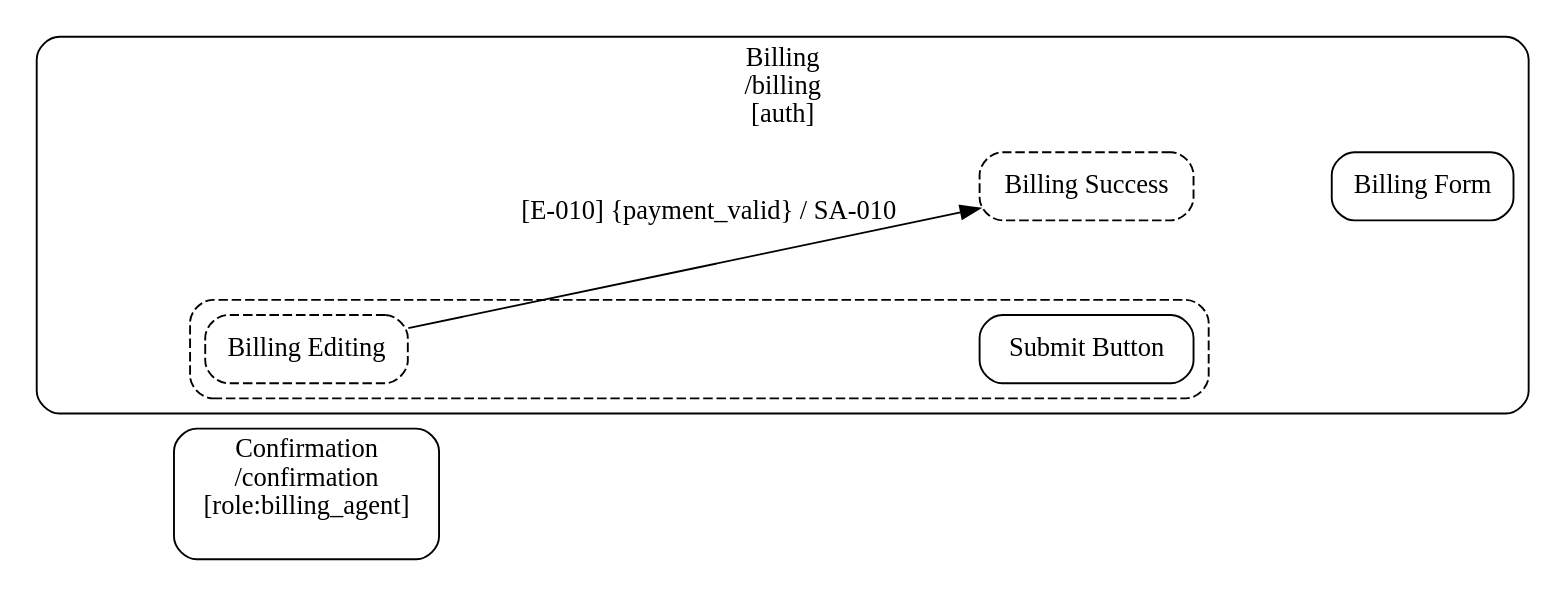
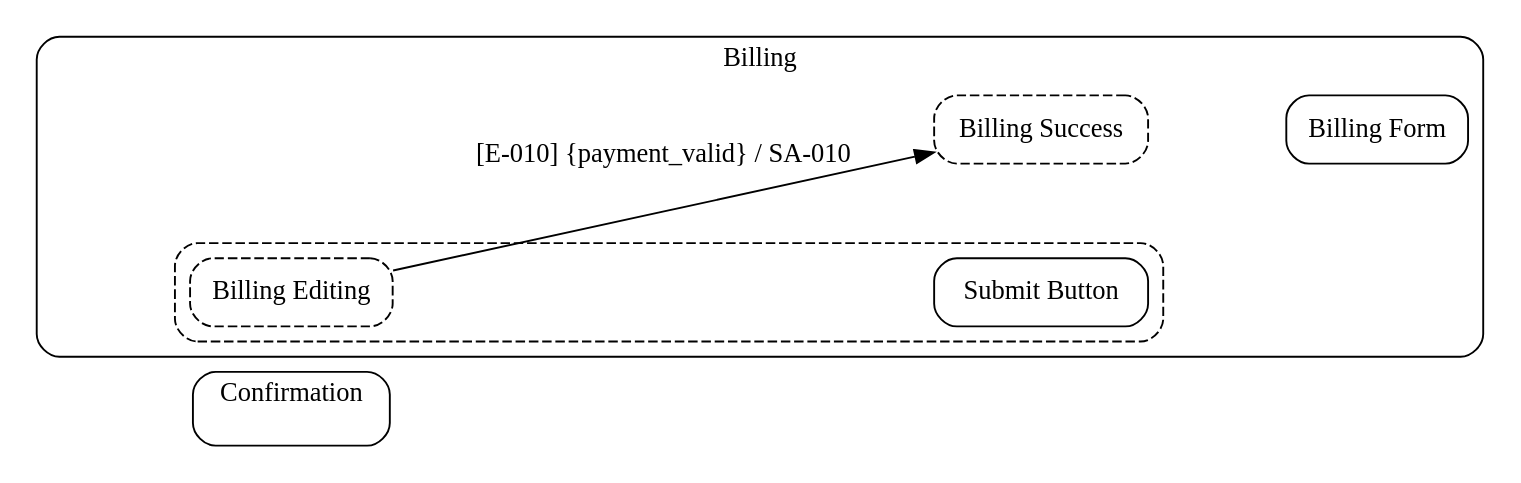
The diagram in examples/rendered/v0.1/ui_contracts_diagram_type/place_viewstate_transition_example/simple_profile/place_viewstate_transition.ui_contracts.dot (knutopia/Structured-Design-Documents), drawn with Graphviz before and after one commit. The commit also changed 29 other files, not shown here.

```diff
--- a/examples/rendered/v0.1/ui_contracts_diagram_type/place_viewstate_transition_example/simple_profile/place_viewstate_transition.ui_contracts.dot
+++ b/examples/rendered/v0.1/ui_contracts_diagram_type/place_viewstate_transition_example/simple_profile/place_viewstate_transition.ui_contracts.dot
@@ -1,26 +1,26 @@
 digraph ui_contracts {
   rankdir=LR;
   graph [fontname="Public Sans", compound=true, nodesep=0.7, ranksep=1.0];
   node [fontname="Public Sans"];
   edge [fontname="Public Sans"];
   subgraph cluster_P_010 {
-    graph [label="Billing\n/billing\n[auth]", style="rounded"];
+    graph [label="Billing", style="rounded"];
     "P-010__anchor" [label="", shape="point", width=0, height=0, style="invis"];
     subgraph cluster_VS_010a {
       graph [label="", style="rounded,dashed"];
       "VS-010a" [shape="box", style="rounded,dashed", label="Billing Editing"];
       "C-011" [shape="box", style="rounded", label="Submit Button"];
     }
     "VS-010b" [shape="box", style="rounded,dashed", label="Billing Success"];
     "C-010" [shape="box", style="rounded", label="Billing Form"];
   }
   subgraph cluster_P_011 {
-    graph [label="Confirmation\n/confirmation\n[role:billing_agent]", style="rounded"];
+    graph [label="Confirmation", style="rounded"];
     "P-011__anchor" [label="", shape="point", width=0, height=0, style="invis"];
   }
   "P-010__anchor" -> "P-011__anchor" [style=invis, weight=100];
   "P-010__anchor" -> "VS-010a" [style=invis, weight=100];
   "VS-010b" -> "C-010" [style=invis, weight=100];
   "VS-010a" -> "C-011" [style=invis, weight=100];
   "VS-010a" -> "VS-010b" [label="[E-010] {payment_valid} / SA-010", style="solid", weight=4];
 }
```
